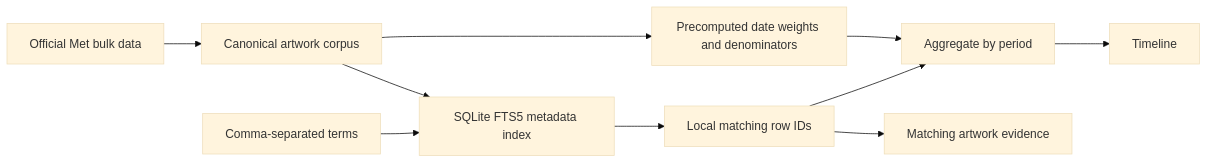
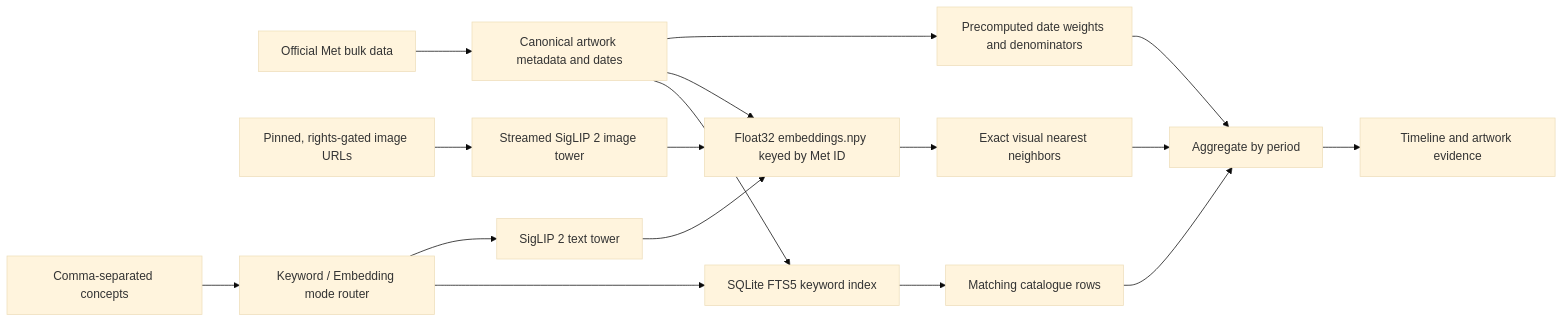
The diagram in README.md (hannahsgao/mnemosyne), drawn with Mermaid (base theme) before and after one commit. The commit also changed other lines of this file and 32 other files, not shown here.

Commit message:
Add production visual embedding search

````diff
--- a/README.md
+++ b/README.md
@@ -148,12 +162,19 @@
 ```mermaid
 flowchart LR
-  A[Official Met bulk data] --> B[Canonical artwork corpus]
-  B --> C[Precomputed date weights and denominators]
-  B --> D[SQLite FTS5 metadata index]
-  Q[Comma-separated terms] --> D
-  D --> E[Local matching row IDs]
-  C --> F[Aggregate by period]
-  E --> F
-  F --> G[Timeline]
-  E --> H[Matching artwork evidence]
+  A["Official Met bulk data"] --> B["Canonical artwork metadata and dates"]
+  B --> C["SQLite FTS5 keyword index"]
+  U["Pinned, rights-gated image URLs"] --> V["Streamed SigLIP 2 image tower"]
+  V --> W["Float32 embeddings.npy keyed by Met ID"]
+  B --> W
+  Q["Comma-separated concepts"] --> R["Keyword / Embedding mode router"]
+  R --> C
+  R --> T["SigLIP 2 text tower"]
+  T --> W
+  B --> D["Precomputed date weights and denominators"]
+  C --> E["Matching catalogue rows"]
+  W --> F["Exact visual nearest neighbors"]
+  D --> G["Aggregate by period"]
+  E --> G
+  F --> G
+  G --> H["Timeline and artwork evidence"]
 ```
````
